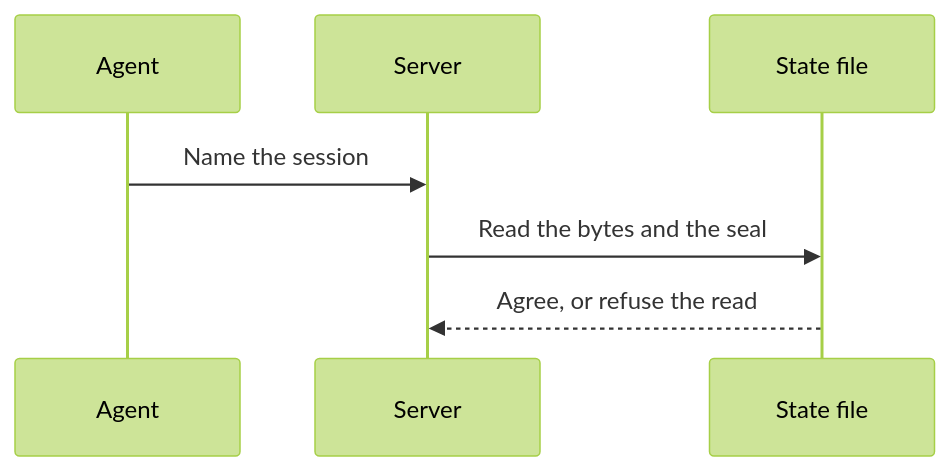
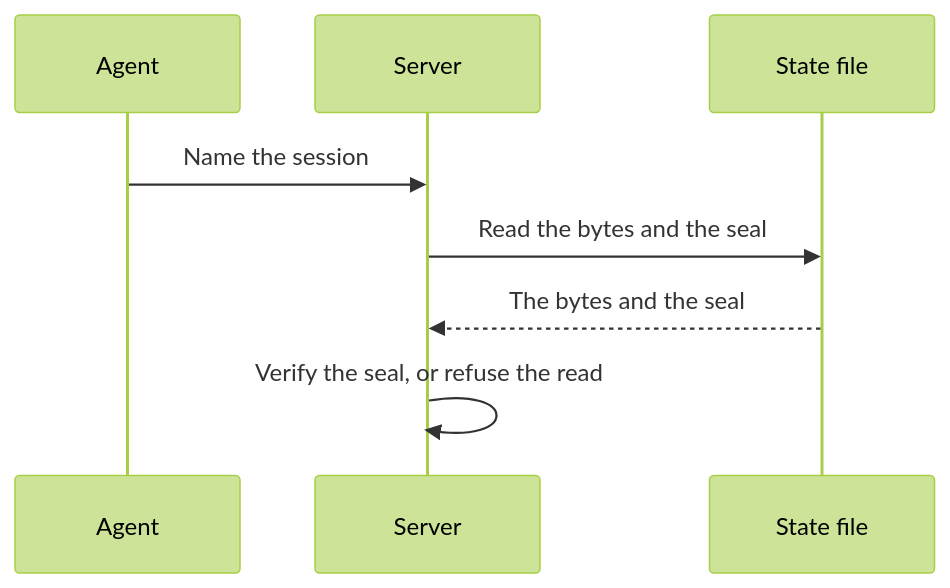
Before and after one commit to m2ux/workflow-server: the third of 16 diagrams in docs/fidelity.md, drawn with Mermaid (forest theme). The commit also changed other lines of this file and 17 other files, not shown here.

````diff
--- a/docs/fidelity.md
+++ b/docs/fidelity.md
@@ -47,9 +47,10 @@
 ```mermaid
 sequenceDiagram
   participant Agent
   participant Server
   participant File as State file
   Agent->>Server: Name the session
   Server->>File: Read the bytes and the seal
-  File-->>Server: Agree, or refuse the read
+  File-->>Server: The bytes and the seal
+  Server->>Server: Verify the seal, or refuse the read
 ```
````
